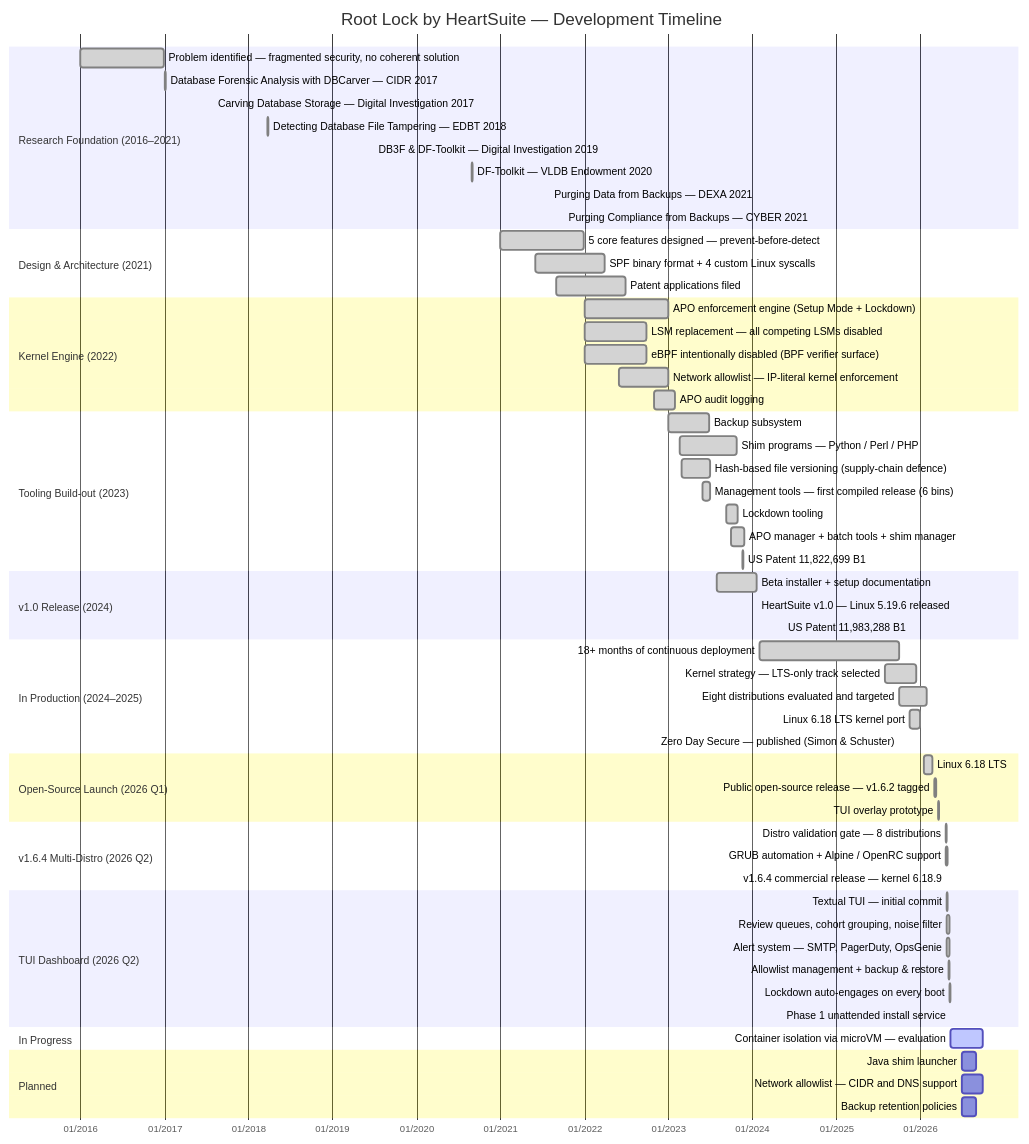
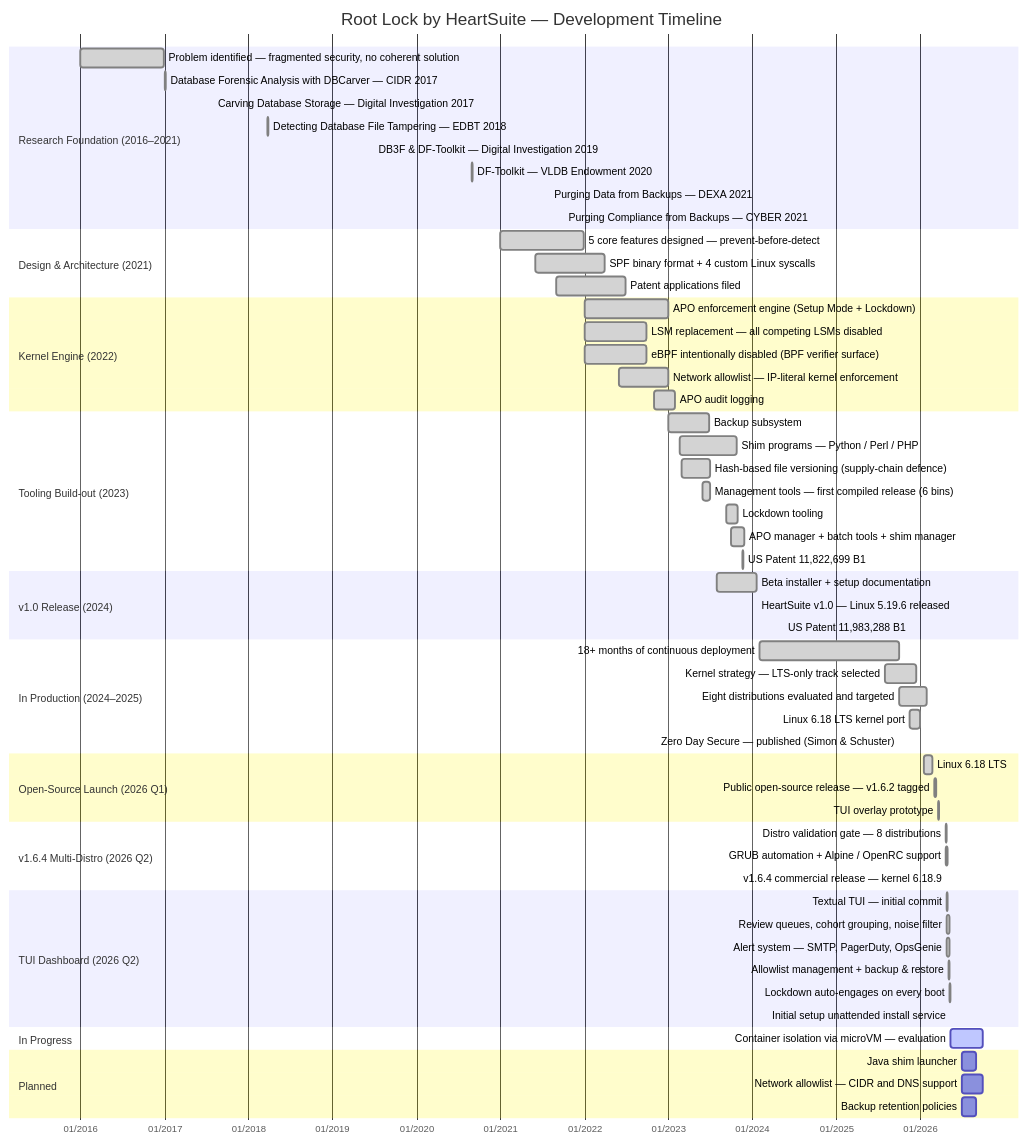
The diagram in content/en/docs/roadmap/_index.md (HeartSecuritySuite/heartsuite-docs), drawn with Mermaid before and after one commit. The commit also changed other lines of this file and 8 other files, not shown here.

````diff
--- a/content/en/docs/roadmap/_index.md
+++ b/content/en/docs/roadmap/_index.md
@@ -24,75 +24,75 @@
 ```mermaid
 gantt
     title Root Lock by HeartSuite — Development Timeline
     dateFormat YYYY-MM-DD
     axisFormat %m/%Y
 
     section Research Foundation (2016–2021)
     Problem identified — fragmented security, no coherent solution :done, 2016-01-01, 2016-12-31
     Database Forensic Analysis with DBCarver — CIDR 2017         :done, 2017-01-04, 2017-01-05
     Carving Database Storage — Digital Investigation 2017        :done, 2017-08-01, 2017-08-02
     Detecting Database File Tampering — EDBT 2018                :done, 2018-03-26, 2018-03-27
     DB3F & DF-Toolkit — Digital Investigation 2019               :done, 2019-07-01, 2019-07-02
     DF-Toolkit — VLDB Endowment 2020                             :done, 2020-08-31, 2020-09-01
     Purging Data from Backups — DEXA 2021                        :done, 2021-08-01, 2021-08-02
     Purging Compliance from Backups — CYBER 2021                 :done, 2021-10-03, 2021-10-04
 
     section Design & Architecture (2021)
     5 core features designed — prevent-before-detect  :done, 2021-01-01, 2021-12-31
     SPF binary format + 4 custom Linux syscalls        :done, 2021-06-01, 2022-03-31
     Patent applications filed                          :done, 2021-09-01, 2022-06-30
 
     section Kernel Engine (2022)
     APO enforcement engine (Setup Mode + Lockdown)     :done, 2022-01-01, 2022-12-31
     LSM replacement — all competing LSMs disabled      :done, 2022-01-01, 2022-09-30
     eBPF intentionally disabled (BPF verifier surface) :done, 2022-01-01, 2022-09-30
     Network allowlist — IP-literal kernel enforcement  :done, 2022-06-01, 2022-12-31
     APO audit logging                                  :done, 2022-11-01, 2023-01-31
 
     section Tooling Build-out (2023)
     Backup subsystem                                  :done, 2023-01-01, 2023-06-30
     Shim programs — Python / Perl / PHP               :done, 2023-02-20, 2023-10-25
     Hash-based file versioning (supply-chain defence) :done, 2023-03-01, 2023-07-01
     Management tools — first compiled release (6 bins) :done, 2023-06-01, 2023-07-01
     Lockdown tooling                                  :done, 2023-09-11, 2023-10-31
     APO manager + batch tools + shim manager          :done, 2023-10-01, 2023-11-30
     US Patent 11,822,699 B1                           :done, 2023-11-21, 2023-11-22
 
     section v1.0 Release (2024)
     Beta installer + setup documentation              :done, 2023-07-31, 2024-01-20
     HeartSuite v1.0 — Linux 5.19.6 released           :done, 2024-01-20, 2024-01-21
     US Patent 11,983,288 B1                           :done, 2024-05-14, 2024-05-15
 
     section In Production (2024–2025)
     18+ months of continuous deployment        :done, 2024-02-01, 2025-09-30
     Kernel strategy — LTS-only track selected         :done, 2025-08-01, 2025-12-15
     Eight distributions evaluated and targeted        :done, 2025-10-01, 2026-01-31
     Linux 6.18 LTS kernel port                        :done, 2025-11-15, 2025-12-31
     Zero Day Secure — published (Simon & Schuster)    :done, 2025-10-01, 2025-10-02
 
     section Open-Source Launch (2026 Q1)
     Linux 6.18 LTS          :done, 2026-01-15, 2026-02-24
     Public open-source release — v1.6.2 tagged        :done, 2026-03-05, 2026-03-12
     TUI overlay prototype                             :done, 2026-03-18, 2026-03-26
 
     section v1.6.4 Multi-Distro (2026 Q2)
     Distro validation gate — 8 distributions          :done, 2026-04-22, 2026-04-26
     GRUB automation + Alpine / OpenRC support         :done, 2026-04-23, 2026-04-29
     v1.6.4 commercial release — kernel 6.18.9         :done, 2026-04-26, 2026-04-27
 
     section TUI Dashboard (2026 Q2)
     Textual TUI — initial commit                      :done, 2026-04-28, 2026-04-29
     Review queues, cohort grouping, noise filter      :done, 2026-04-28, 2026-05-07
     Alert system — SMTP, PagerDuty, OpsGenie          :done, 2026-04-28, 2026-05-07
     Allowlist management + backup & restore           :done, 2026-05-04, 2026-05-10
     Lockdown auto-engages on every boot               :done, 2026-05-07, 2026-05-12
-    Phase 1 unattended install service                :done, 2026-05-12, 2026-05-14
+    Initial setup unattended install service          :done, 2026-05-12, 2026-05-14
 
     section In Progress
     Container isolation via microVM — evaluation      :active, 2026-05-14, 2026-09-30
 
     section Planned
     Java shim launcher                               :2026-07-01, 2026-08-31
     Network allowlist — CIDR and DNS support         :2026-07-01, 2026-09-30
     Backup retention policies                        :2026-07-01, 2026-08-31
 ```
````
